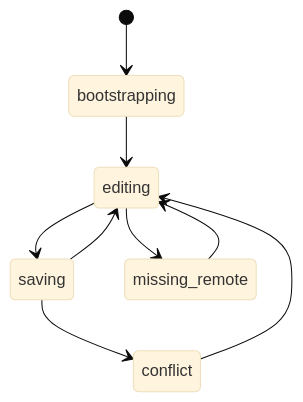
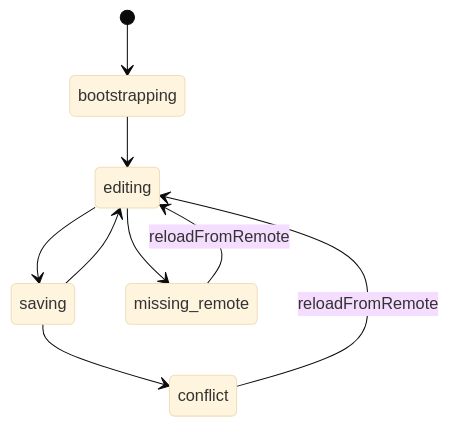
Before and after one commit to dunay2/dvt: the fourth of 4 diagrams in docs/architecture/components/web/graph/graph-sequences-and-state-machines.md, drawn with Mermaid (base theme). The commit also changed other lines of this file and 119 other files, not shown here.

````diff
--- a/docs/architecture/components/web/graph/graph-sequences-and-state-machines.md
+++ b/docs/architecture/components/web/graph/graph-sequences-and-state-machines.md
@@ -72,11 +72,11 @@
 ```mermaid
 stateDiagram-v2
   [*] --> bootstrapping
   bootstrapping --> editing
   editing --> saving
   saving --> editing
   saving --> conflict
   editing --> missing_remote
-  conflict --> editing
-  missing_remote --> editing
+  conflict --> editing: reloadFromRemote
+  missing_remote --> editing: reloadFromRemote
 ```
````
